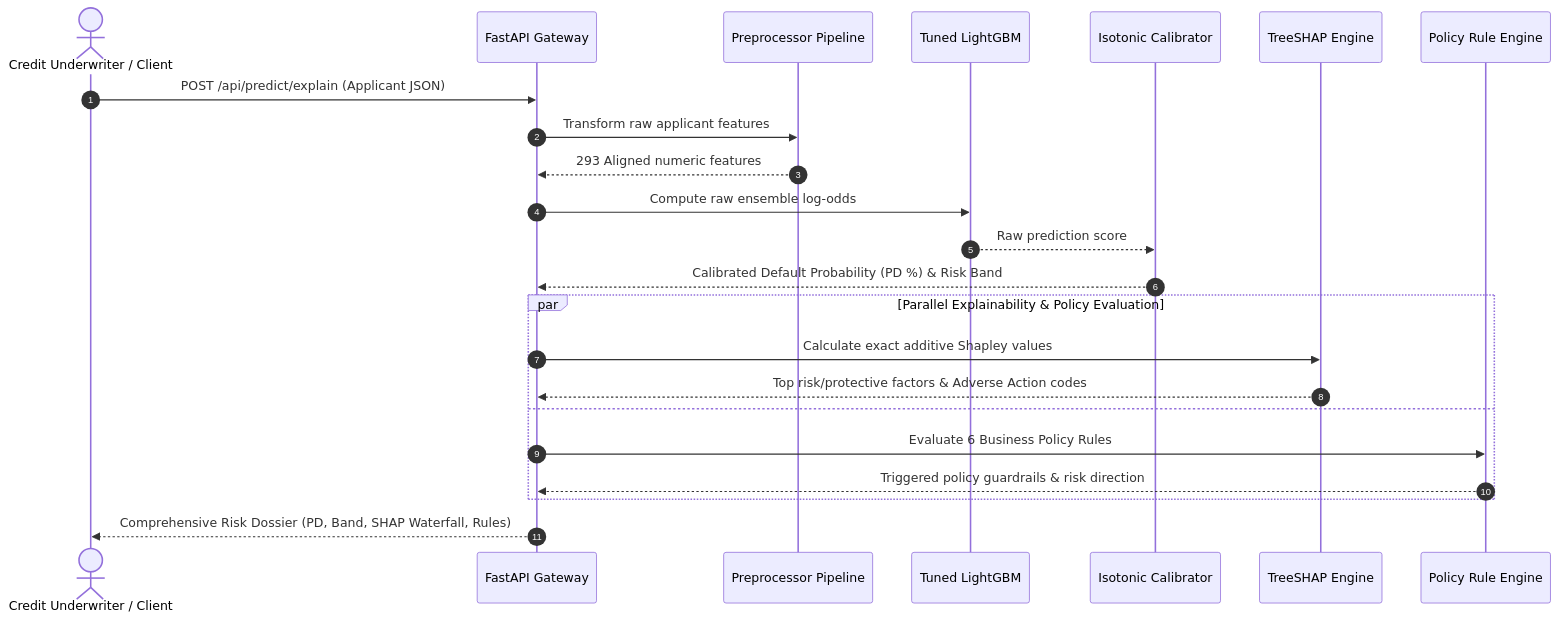
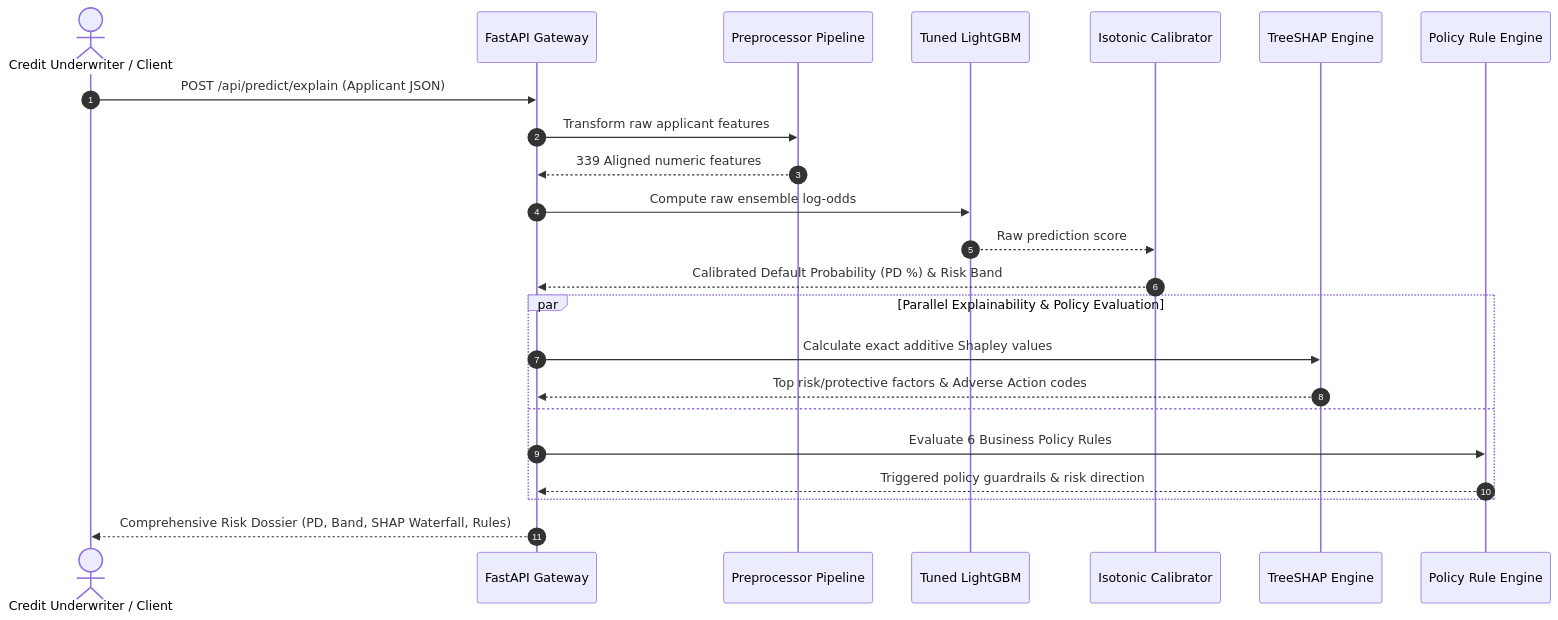
Before and after one commit to Abhishek84094/AI-Powered-Credit-Risk-Intelligence-Platform: the second of 3 diagrams in README.md, drawn with Mermaid. The commit also changed other lines of this file and 5 other files, not shown here.

````diff
--- a/README.md
+++ b/README.md
@@ -94,26 +94,26 @@
 ```mermaid
 sequenceDiagram
     autonumber
     actor Underwriter as Credit Underwriter / Client
     participant API as FastAPI Gateway
     participant Preproc as Preprocessor Pipeline
     participant Model as Tuned LightGBM
     participant Calib as Isotonic Calibrator
     participant SHAP as TreeSHAP Engine
     participant Rules as Policy Rule Engine
 
     Underwriter->>API: POST /api/predict/explain (Applicant JSON)
     API->>Preproc: Transform raw applicant features
-    Preproc-->>API: 293 Aligned numeric features
+    Preproc-->>API: 339 Aligned numeric features
     API->>Model: Compute raw ensemble log-odds
     Model-->>Calib: Raw prediction score
     Calib-->>API: Calibrated Default Probability (PD %) & Risk Band
     par Parallel Explainability & Policy Evaluation
         API->>SHAP: Calculate exact additive Shapley values
         SHAP-->>API: Top risk/protective factors & Adverse Action codes
     and
         API->>Rules: Evaluate 6 Business Policy Rules
         Rules-->>API: Triggered policy guardrails & risk direction
     end
     API-->>Underwriter: Comprehensive Risk Dossier (PD, Band, SHAP Waterfall, Rules)
 ```
````
